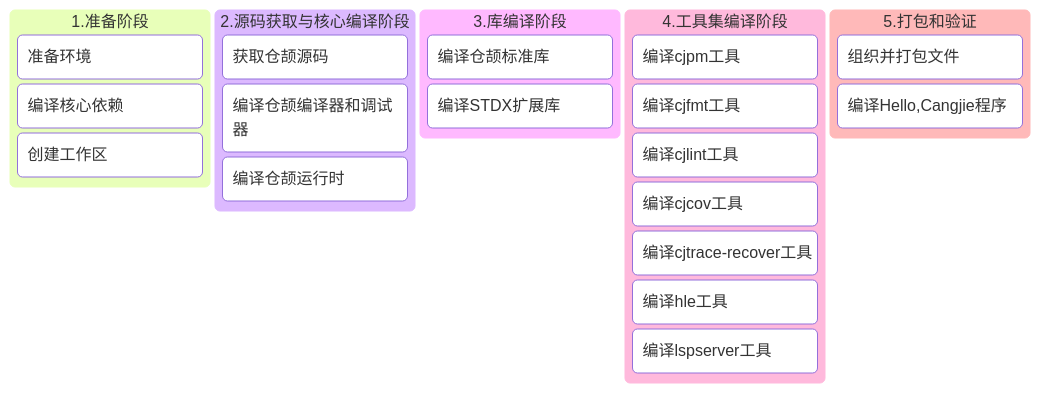
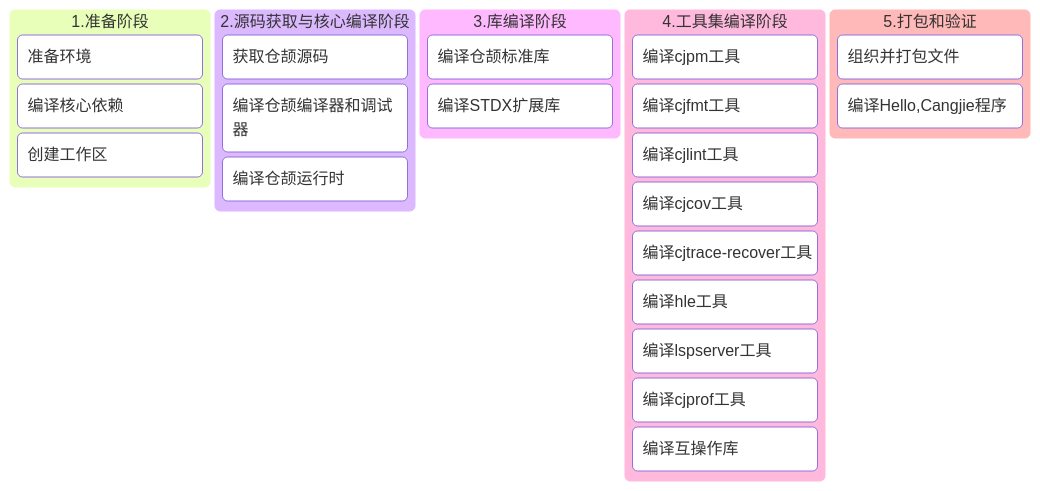
One commit to causerp/cangjie_build changed the diagram in docs/linux_cross_windows.md. Above: the diagram before and after it, drawn with Mermaid. The commit also changed other lines of this file and 21 other files, not shown here.

````diff
--- a/docs/linux_cross_windows.md
+++ b/docs/linux_cross_windows.md
@@ -9,25 +9,27 @@
 ```mermaid
 kanban
   1.准备阶段
     A[准备环境]
     B[编译核心依赖]
     C[创建工作区]
   2.源码获取与核心编译阶段
     D[获取仓颉源码]
     E[编译仓颉编译器和调试器]
     F[编译仓颉运行时]
   3.库编译阶段
     G[编译仓颉标准库]
     H[编译STDX扩展库]
   4.工具集编译阶段
     I[编译cjpm工具]
     J[编译cjfmt工具]
     K[编译cjlint工具]
     L[编译cjcov工具]
     M[编译cjtrace-recover工具]
     N[编译hle工具]
     O[编译lspserver工具]
+    P[编译cjprof工具]
+    Q[编译互操作库]
   5.打包和验证
-    P[组织并打包文件]
-    Q[编译Hello,Cangjie程序]
+    R[组织并打包文件]
+    S[编译Hello,Cangjie程序]
 ```
````
